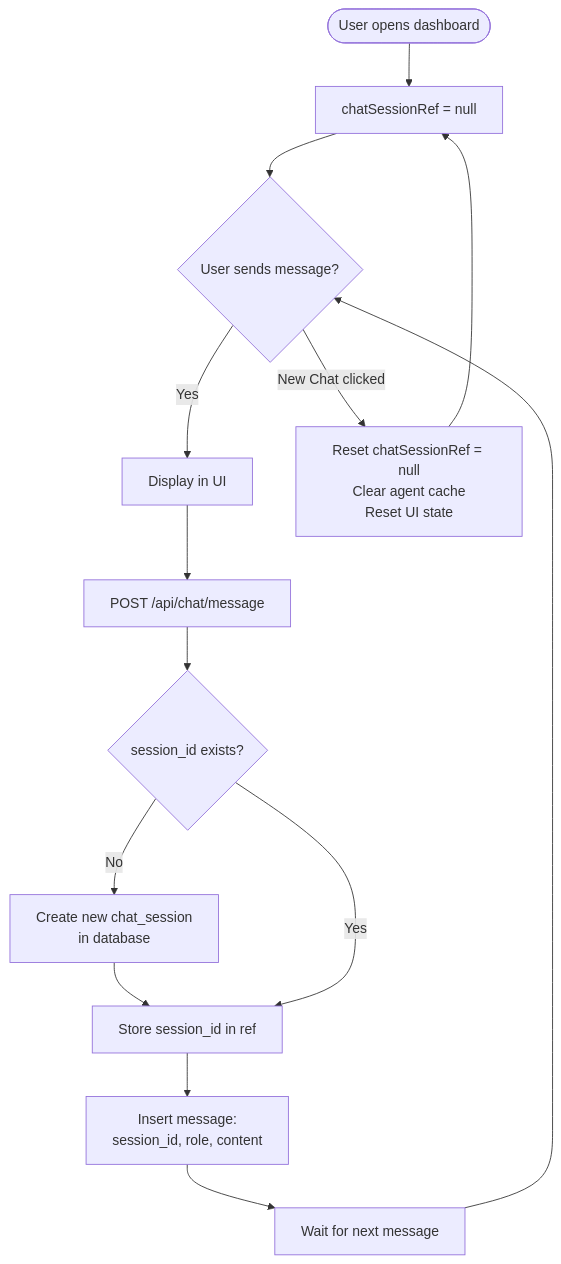
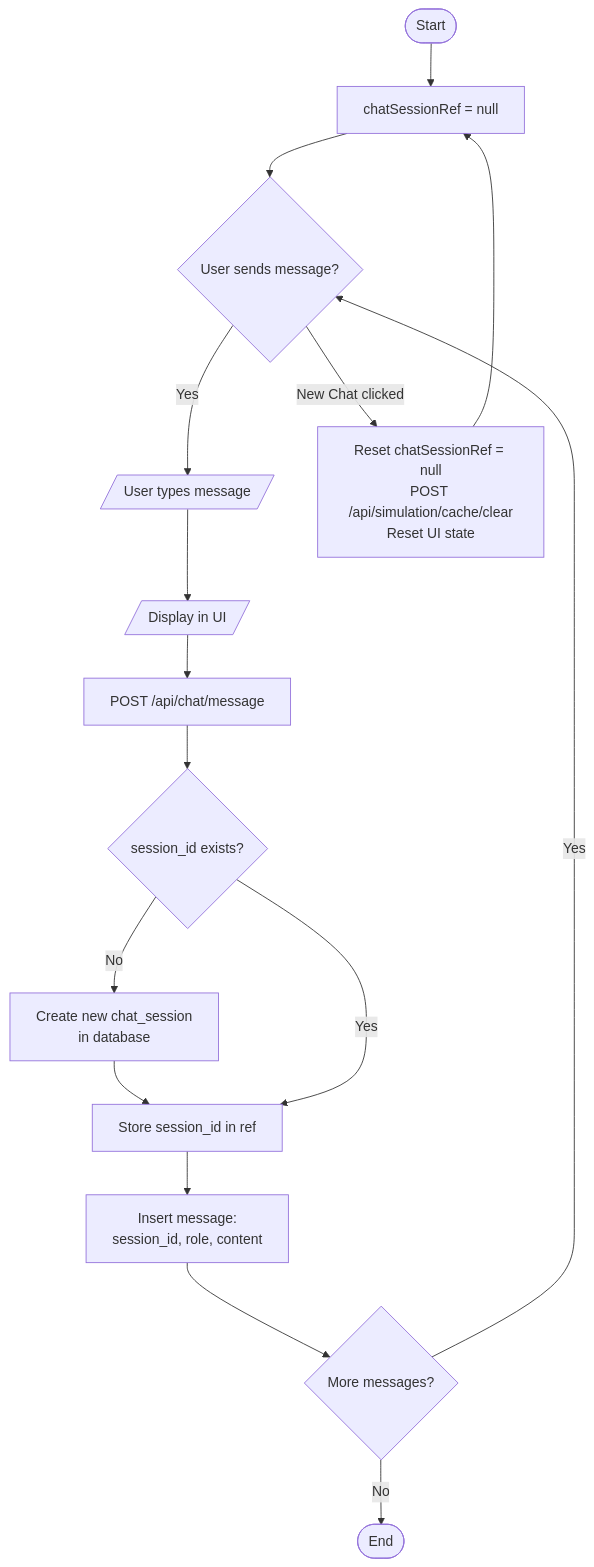
Before and after one commit to shuichi2344/ARIA: the sixth of 11 diagrams in docs/SYSTEM_FLOWCHARTS.md, drawn with Mermaid. The commit also changed other lines of this file, not shown here.

Commit message:
update system flowchart

````diff
--- a/docs/SYSTEM_FLOWCHARTS.md
+++ b/docs/SYSTEM_FLOWCHARTS.md
@@ -188,18 +193,20 @@
 ```mermaid
 flowchart TD
-    Start([User opens dashboard]) --> Init[chatSessionRef = null]
+    Start([Start]) --> Init[chatSessionRef = null]
     Init --> Send{User sends message?}
-    Send -->|Yes| Display[Display in UI]
+    Send -->|Yes| Input[/User types message/]
+    Input --> Display[/Display in UI/]
     Display --> Persist[POST /api/chat/message]
     Persist --> HasSession{session_id exists?}
     HasSession -->|No| Create[Create new chat_session<br/>in database]
     Create --> Store[Store session_id in ref]
     HasSession -->|Yes| Store
     Store --> SaveMsg[Insert message:<br/>session_id, role, content]
-    SaveMsg --> Wait[Wait for next message]
-    Wait --> Send
+    SaveMsg --> Wait{More messages?}
+    Wait -->|Yes| Send
+    Wait -->|No| End([End])
     
     %% --- New Chat ---
-    Send -->|New Chat clicked| Clear[Reset chatSessionRef = null<br/>Clear agent cache<br/>Reset UI state]
+    Send -->|New Chat clicked| Clear[Reset chatSessionRef = null<br/>POST /api/simulation/cache/clear<br/>Reset UI state]
     Clear --> Init
 ```
````
